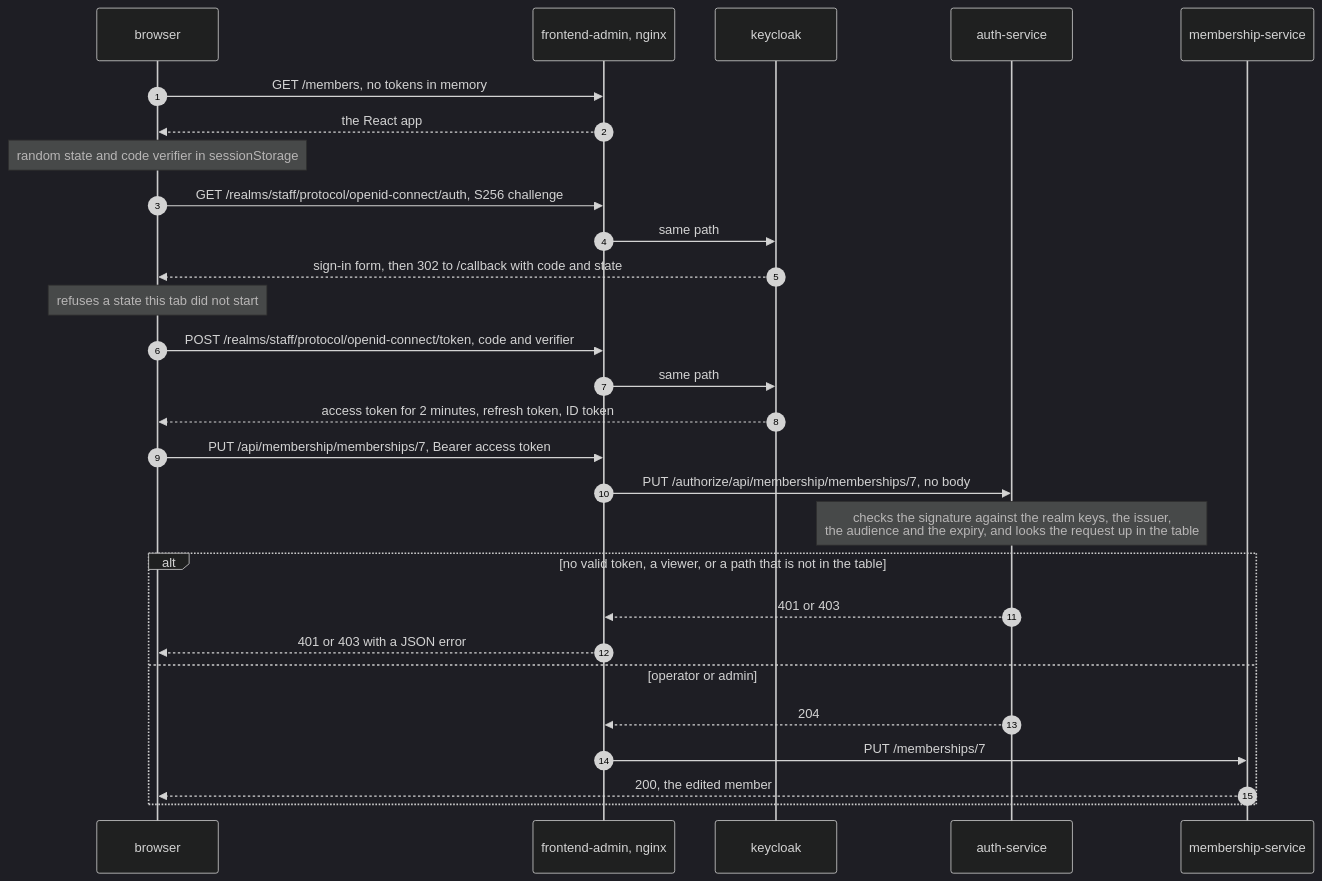
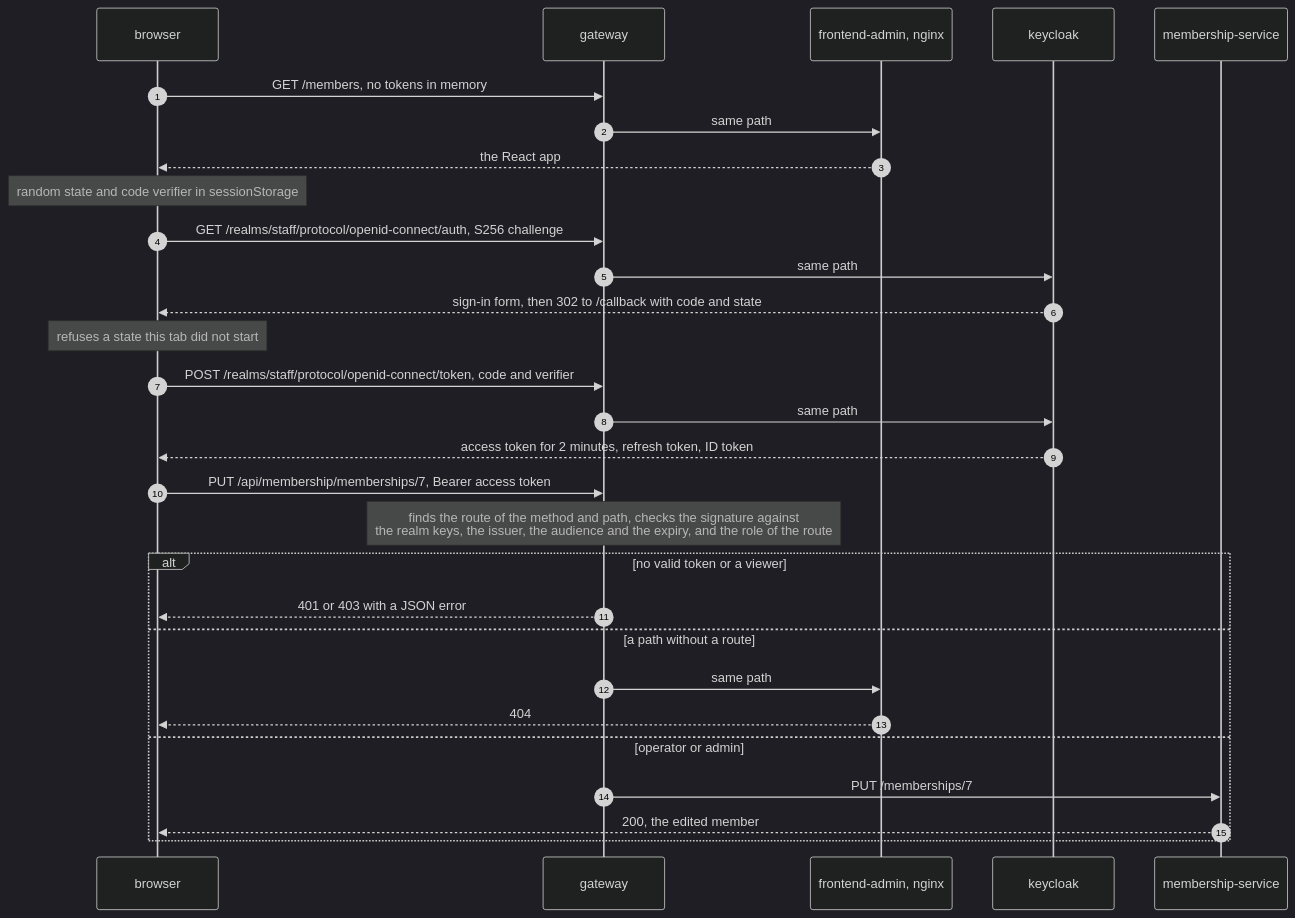
Before and after one commit to chrysaor/JayPay: the second of 4 diagrams in docs/architecture.md, drawn with Mermaid (dark theme). The commit also changed other lines of this file and 44 other files, not shown here.

First line of the commit message:
feat: the admin console goes through the gateway

````diff
--- a/docs/architecture.md
+++ b/docs/architecture.md
@@ -57,31 +57,32 @@
 ```mermaid
 sequenceDiagram
     autonumber
     participant browser as browser
-    participant admin as frontend-admin, nginx
+    participant admin as gateway
+    participant site as frontend-admin, nginx
     participant keycloak as keycloak
-    participant auth as auth-service
     participant membership as membership-service
 
     browser->>admin: GET /members, no tokens in memory
-    admin-->>browser: the React app
+    admin->>site: same path
+    site-->>browser: the React app
     Note over browser: random state and code verifier in sessionStorage
     browser->>admin: GET /realms/staff/protocol/openid-connect/auth, S256 challenge
     admin->>keycloak: same path
     keycloak-->>browser: sign-in form, then 302 to /callback with code and state
     Note over browser: refuses a state this tab did not start
     browser->>admin: POST /realms/staff/protocol/openid-connect/token, code and verifier
     admin->>keycloak: same path
     keycloak-->>browser: access token for 2 minutes, refresh token, ID token
     browser->>admin: PUT /api/membership/memberships/7, Bearer access token
-    admin->>auth: PUT /authorize/api/membership/memberships/7, no body
-    Note over auth: checks the signature against the realm keys, the issuer,<br/>the audience and the expiry, and looks the request up in the table
-    alt no valid token, a viewer, or a path that is not in the table
-        auth-->>admin: 401 or 403
+    Note over admin: finds the route of the method and path, checks the signature against<br/>the realm keys, the issuer, the audience and the expiry, and the role of the route
+    alt no valid token or a viewer
         admin-->>browser: 401 or 403 with a JSON error
+    else a path without a route
+        admin->>site: same path
+        site-->>browser: 404
     else operator or admin
-        auth-->>admin: 204
         admin->>membership: PUT /memberships/7
         membership-->>browser: 200, the edited member
     end
 ```
````
